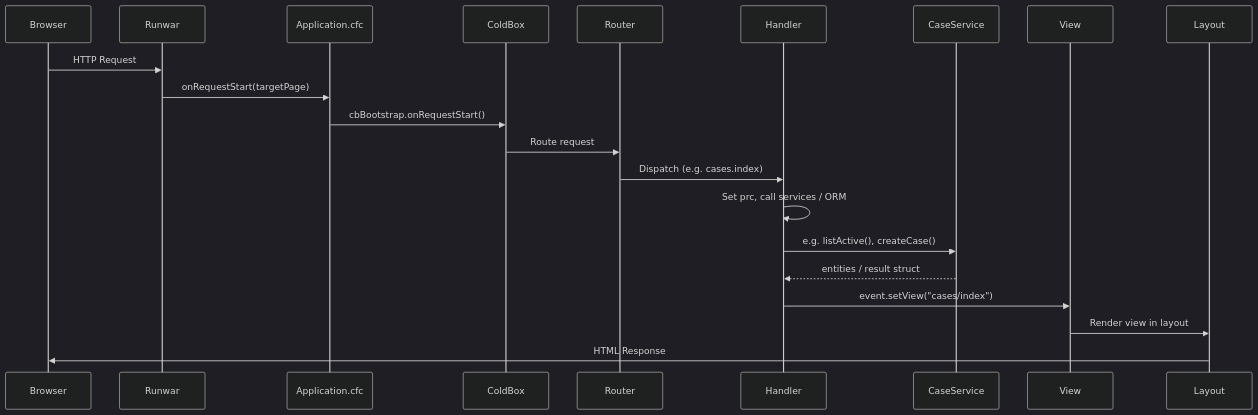
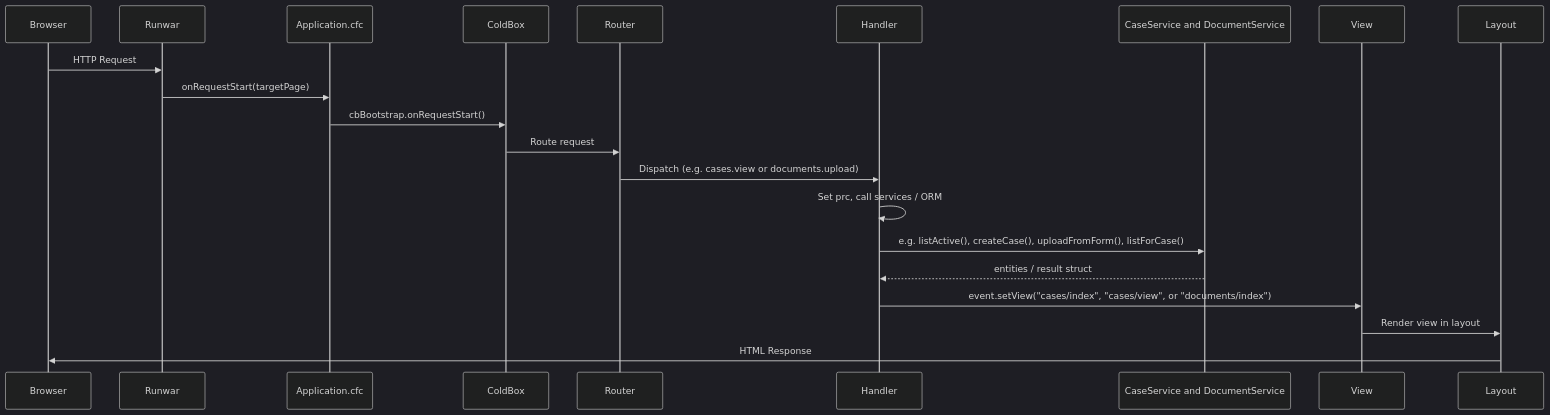
Before and after one commit to mattburnett-repo/servepoint: the first of 2 diagrams in design/mermaid/request-lifecycle.md, drawn with Mermaid (dark theme). The commit also changed other lines of this file and 30 other files, not shown here.

````diff
--- a/design/mermaid/request-lifecycle.md
+++ b/design/mermaid/request-lifecycle.md
@@ -5,24 +5,24 @@
 ```mermaid
 sequenceDiagram
     participant Browser
     participant Runwar
     participant AppCfc as Application.cfc
     participant ColdBox
     participant Router
     participant Handler
-    participant Service as CaseService
+    participant Service as CaseService and DocumentService
     participant View
     participant Layout
 
     Browser->>Runwar: HTTP Request
     Runwar->>AppCfc: onRequestStart(targetPage)
     AppCfc->>ColdBox: cbBootstrap.onRequestStart()
     ColdBox->>Router: Route request
-    Router->>Handler: Dispatch (e.g. cases.index)
+    Router->>Handler: Dispatch (e.g. cases.view or documents.upload)
     Handler->>Handler: Set prc, call services / ORM
-    Handler->>Service: e.g. listActive(), createCase()
+    Handler->>Service: e.g. listActive(), createCase(), uploadFromForm(), listForCase()
     Service-->>Handler: entities / result struct
-    Handler->>View: event.setView("cases/index")
+    Handler->>View: event.setView("cases/index", "cases/view", or "documents/index")
     View->>Layout: Render view in layout
     Layout->>Browser: HTML Response
 ```
````
